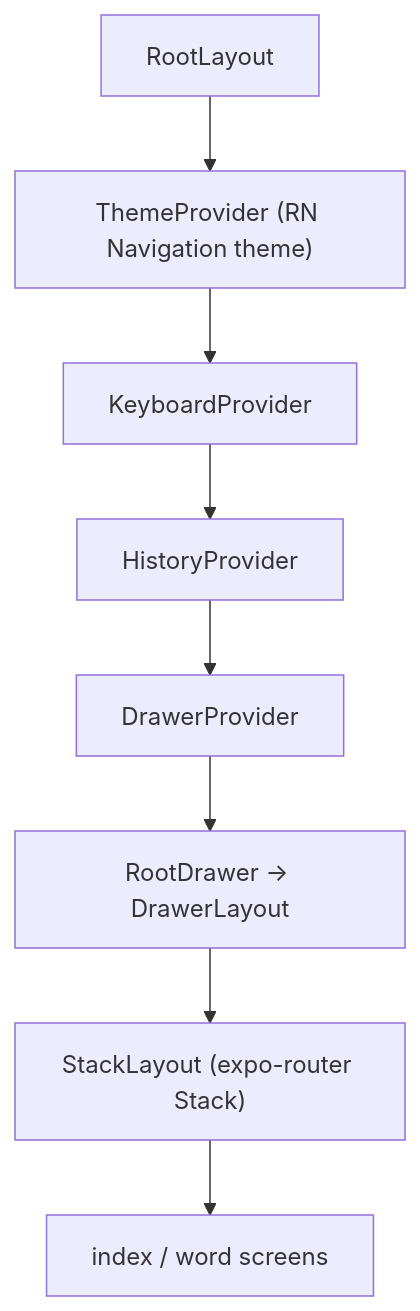
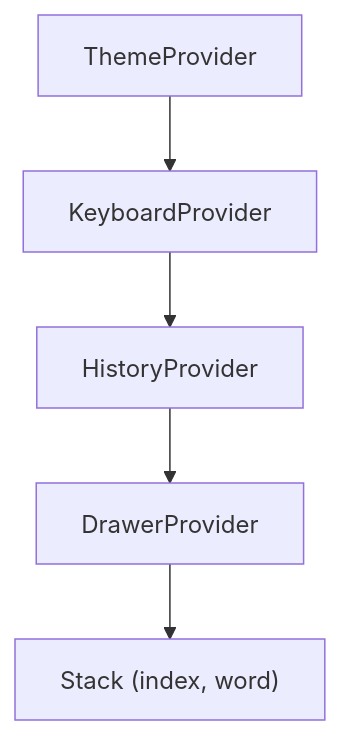
Before and after one commit to Irere123/expo-template: the second of 2 diagrams in docs/architecture.md, drawn with Mermaid. The commit also changed other lines of this file and 5 other files, not shown here.

First line of the commit message:
docs: tighten prose and make diagrams Excalidraw-friendly

````diff
--- a/docs/architecture.md
+++ b/docs/architecture.md
@@ -80,10 +36,7 @@
 ```mermaid
-flowchart TD
-    A["RootLayout"] --> B["ThemeProvider (RN Navigation theme)"]
-    B --> C["KeyboardProvider"]
-    C --> D["HistoryProvider"]
-    D --> E["DrawerProvider"]
-    E --> F["RootDrawer → DrawerLayout"]
-    F --> G["StackLayout (expo-router Stack)"]
-    G --> H["index / word screens"]
+flowchart TB
+  Theme["ThemeProvider"] --> Keyboard["KeyboardProvider"]
+  Keyboard --> History["HistoryProvider"]
+  History --> Drawer["DrawerProvider"]
+  Drawer --> Stack["Stack (index, word)"]
 ```
````
